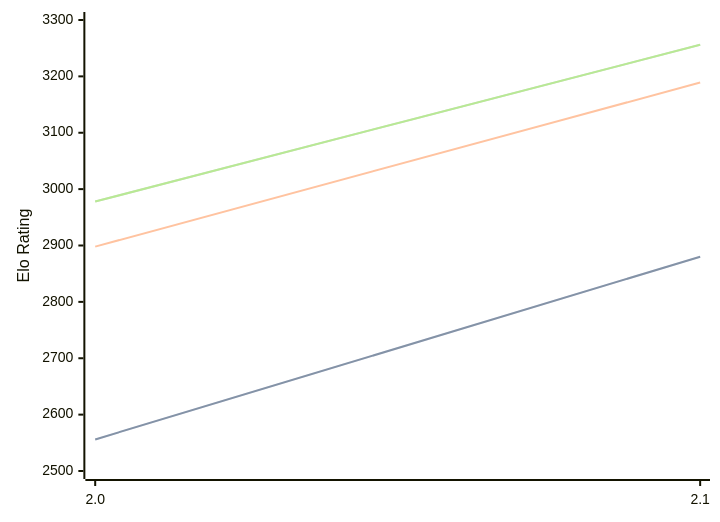
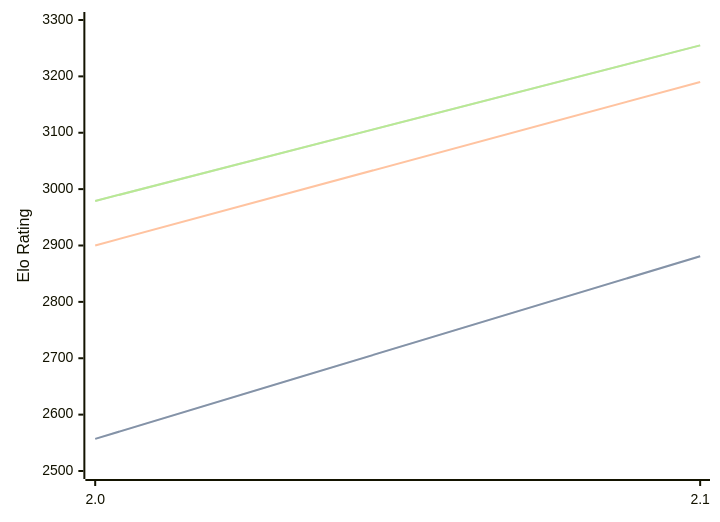
The diagram in engines/Tunguska.md (computer-chess-index/cci), drawn with Mermaid before and after one commit. The commit also changed other lines of this file, not shown here.

Commit message:
Update CCI Ratings (ELO VLTC) - 2026-05-16

````diff
--- a/engines/Tunguska.md
+++ b/engines/Tunguska.md
@@ -32,11 +32,11 @@
 ```mermaid
 %%{init: {"theme":"base","themeVariables":{"seriesColors:['#a3a3a3','#222221','#faa371']}}}%%
 xychart-beta
   x-axis ["2.0", "2.1"]
   y-axis "Elo Rating" 2500 --> 3300
-  line "STC (8.0+0.08s)" [2556, 2880]
-  line "STC (8.0+0.08s)" [2556, 2880]
-  line "LTC (60.0+0.60s)" [2898, 3189]
-  line "VLTC (2m24s+1.12s)" [2978, 3256]
-  line "VLTC (2m24s+1.12s)" [2978, 3256]
+  line "STC (8.0+0.08s)" [2557, 2881]
+  line "STC (8.0+0.08s)" [2557, 2881]
+  line "LTC (60.0+0.60s)" [2900, 3190]
+  line "VLTC (2m24s+1.12s)" [2979, 3255]
+  line "VLTC (2m24s+1.12s)" [2979, 3255]
 ```
````
